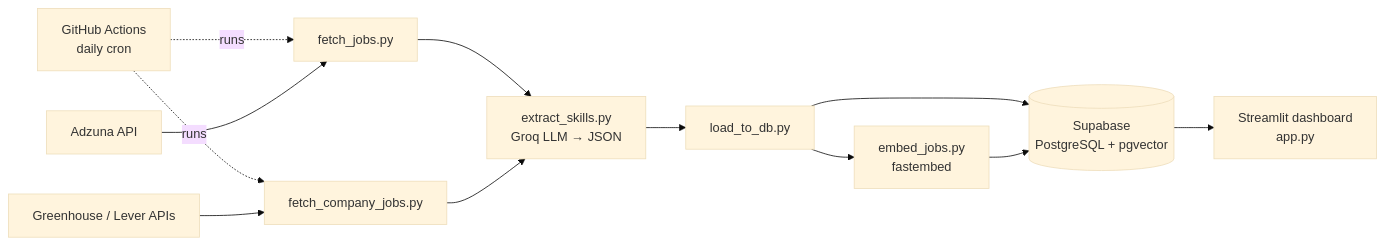
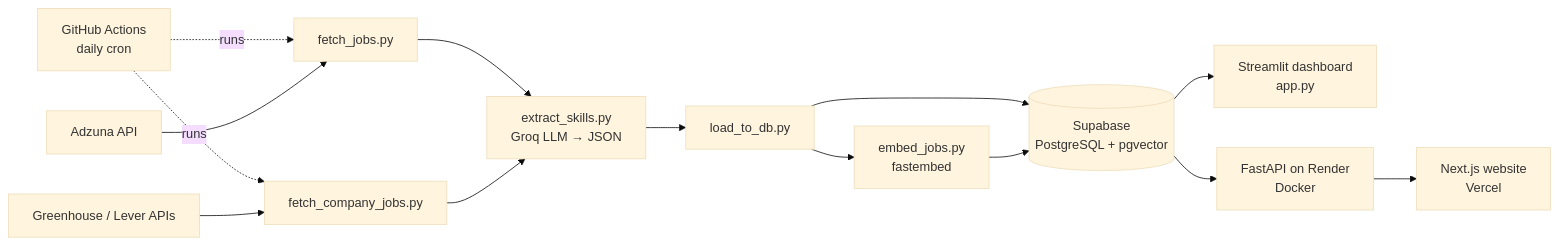
The diagram in README.md (sanjanajagarapu1-dotcom/job-market-intelligence), drawn with Mermaid (base theme) before and after one commit. The commit also changed other lines of this file, not shown here.

Commit message:
Add live website link, Next.js screenshots, and frontend to README

````diff
--- a/README.md
+++ b/README.md
@@ -21,14 +25,16 @@
 ```mermaid
 flowchart LR
     S[GitHub Actions<br/>daily cron] -.runs.-> C
     S -.runs.-> D
     A[Adzuna API] --> C[fetch_jobs.py]
     B[Greenhouse / Lever APIs] --> D[fetch_company_jobs.py]
     C --> E[extract_skills.py<br/>Groq LLM → JSON]
     D --> E
     E --> F[load_to_db.py]
     F --> G[(Supabase<br/>PostgreSQL + pgvector)]
     F --> V[embed_jobs.py<br/>fastembed]
     V --> G
     G --> H[Streamlit dashboard<br/>app.py]
+    G --> API[FastAPI on Render<br/>Docker]
+    API --> WEB[Next.js website<br/>Vercel]
 ```
````
